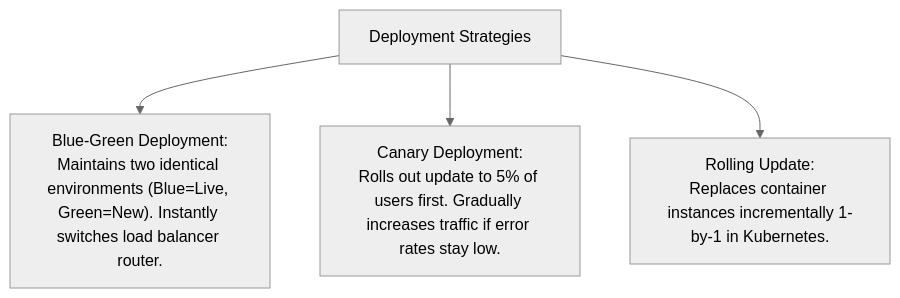
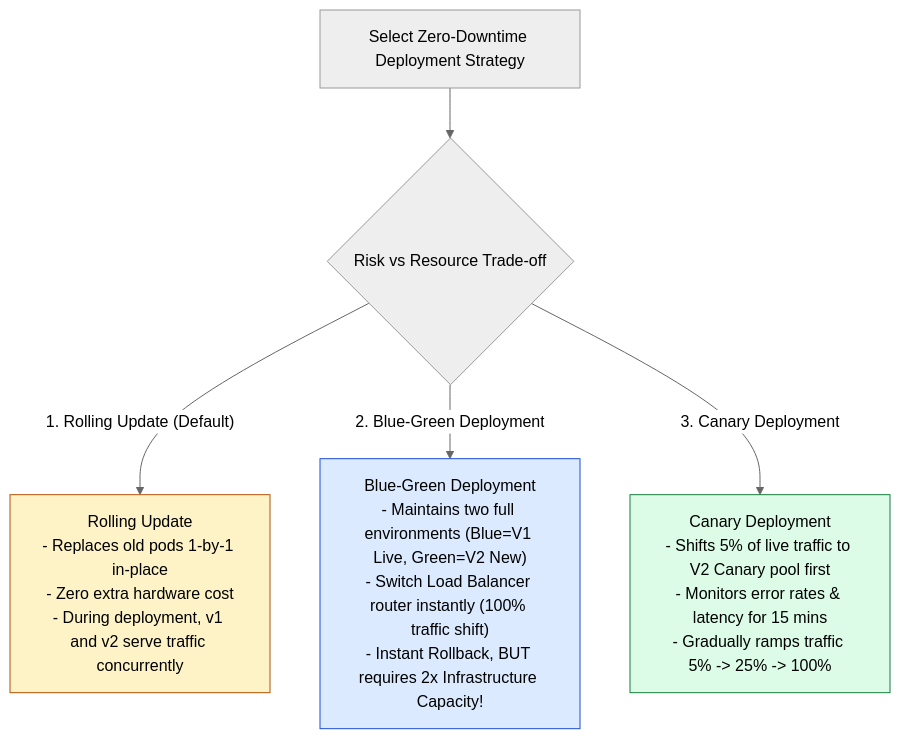
Before and after one commit to Amie-dev/engineering-playbook: the second of 3 diagrams in system-design-notes/33-containers-and-deployment.md, drawn with Mermaid (neutral theme). The commit also changed other lines of this file and 33 other files, not shown here.

````diff
--- a/system-design-notes/33-containers-and-deployment.md
+++ b/system-design-notes/33-containers-and-deployment.md
@@ -10,6 +41,14 @@
 ```mermaid
-graph TD
-    Deployments[Deployment Strategies] --> BlueGreen["Blue-Green Deployment:<br/>Maintains two identical environments (Blue=Live, Green=New). Instantly switches load balancer router."]
-    Deployments --> Canary["Canary Deployment:<br/>Rolls out update to 5% of users first. Gradually increases traffic if error rates stay low."]
-    Deployments --> Rolling["Rolling Update:<br/>Replaces container instances incrementally 1-by-1 in Kubernetes."]
+flowchart TD
+    StrategyChoice[Select Zero-Downtime Deployment Strategy] --> Type{Risk vs Resource Trade-off}
+
+    Type -- "1. Rolling Update (Default)" --> Rolling["Rolling Update<br/>- Replaces old pods 1-by-1 in-place<br/>- Zero extra hardware cost<br/>- During deployment, v1 and v2 serve traffic concurrently"]
+
+    Type -- "2. Blue-Green Deployment" --> BlueGreen["Blue-Green Deployment<br/>- Maintains two full environments (Blue=V1 Live, Green=V2 New)<br/>- Switch Load Balancer router instantly (100% traffic shift)<br/>- Instant Rollback, BUT requires 2x Infrastructure Capacity!"]
+
+    Type -- "3. Canary Deployment" --> Canary["Canary Deployment<br/>- Shifts 5% of live traffic to V2 Canary pool first<br/>- Monitors error rates & latency for 15 mins<br/>- Gradually ramps traffic 5% -> 25% -> 100%"]
+
+    style Canary fill:#dcfce7,stroke:#15803d
+    style BlueGreen fill:#dbeafe,stroke:#1d4ed8
+    style Rolling fill:#fef3c7,stroke:#b45309
 ```
````
